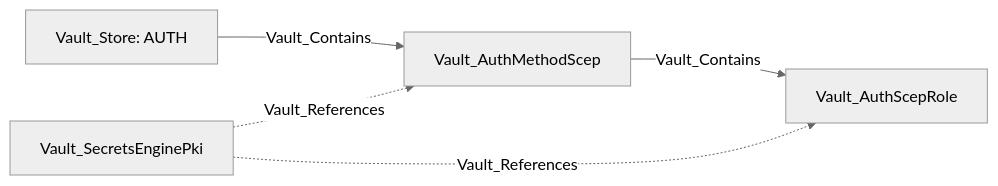
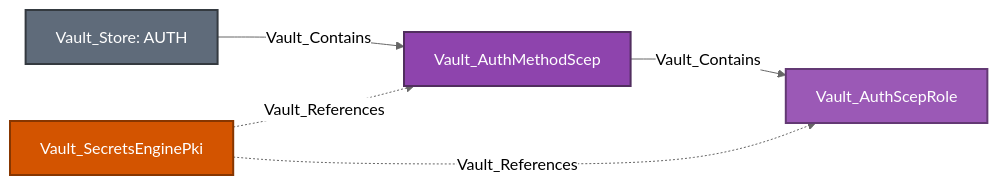
One commit to bytewreck/opengraph-vault changed diagram 21 of 28 in Documentation/stores/AUTH.md. Above: the diagram before and after it, drawn with Mermaid (neutral theme). The commit also changed other lines of this file and 4 other files, not shown here.

````diff
--- a/Documentation/stores/AUTH.md
+++ b/Documentation/stores/AUTH.md
@@ -1257,7 +1274,12 @@
 ```mermaid
 flowchart LR
-    store[Vault_Store: AUTH] -->|Vault_Contains| method[Vault_AuthMethodScep]
-    method -->|Vault_Contains| role[Vault_AuthScepRole]
-    pki[Vault_SecretsEnginePki] -.->|Vault_References| method
+    store[Vault_Store: AUTH]:::storeNode -->|Vault_Contains| method[Vault_AuthMethodScep]:::authMethodNode
+    method -->|Vault_Contains| role[Vault_AuthScepRole]:::authRoleNode
+    pki[Vault_SecretsEnginePki]:::mountNode -.->|Vault_References| method
     pki -.->|Vault_References| role
+
+    classDef storeNode fill:#5F6B7A,color:#fff,stroke:#343A40,stroke-width:2px
+    classDef authMethodNode fill:#8E44AD,color:#fff,stroke:#512E5F,stroke-width:2px
+    classDef authRoleNode fill:#9B59B6,color:#fff,stroke:#633974,stroke-width:2px
+    classDef mountNode fill:#D35400,color:#fff,stroke:#873600,stroke-width:2px
 ```
````
